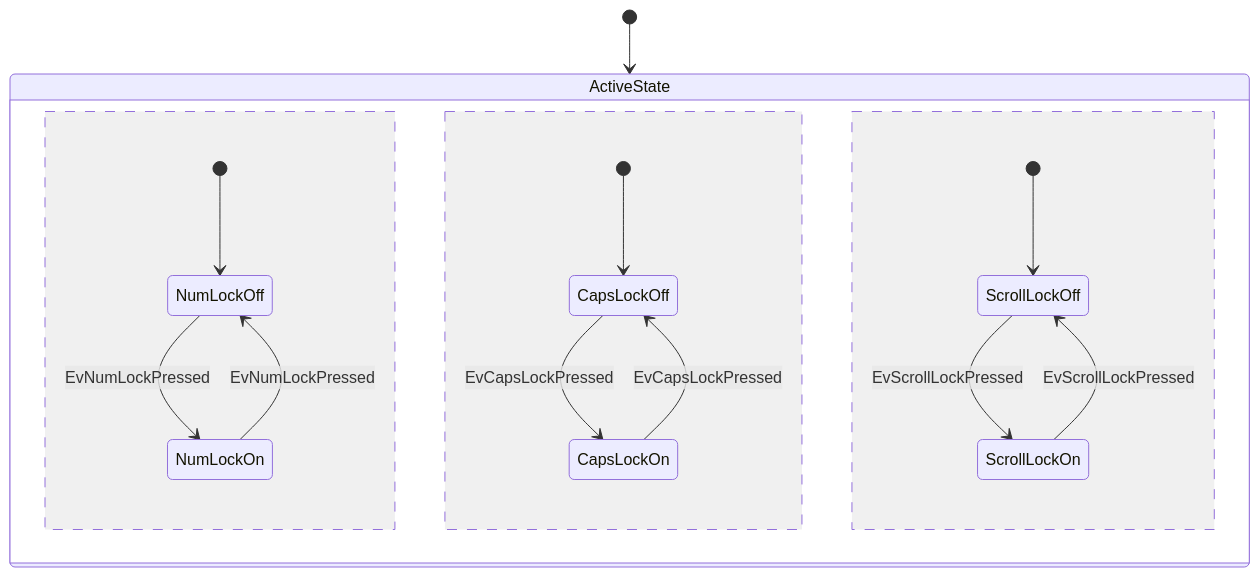
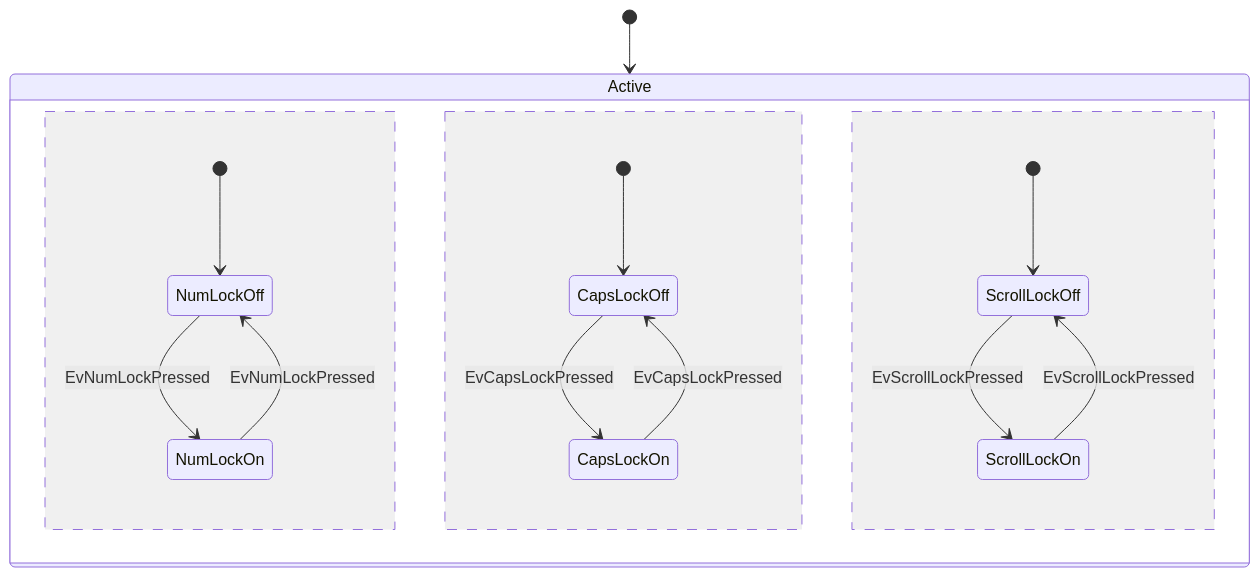
The eighth of 13 diagrams in skills/diagrammer/specs/mermaid/stateDiagram.md (hgrabows/diagrammer-skills), drawn with Mermaid before and after one commit. The commit also changed other lines of this file and 127 other files, not shown here.

First line of the commit message:
feat: audit all specs, add example gallery, fix PlantUML and Gantt rendering

````diff
--- a/skills/diagrammer/specs/mermaid/stateDiagram.md
+++ b/skills/diagrammer/specs/mermaid/stateDiagram.md
@@ -134,17 +155,21 @@
 ```mermaid
-stateDiagram
-    [*] --> ActiveState
-    state ActiveState {
+---
+config:
+  layout: dagre
+---
+stateDiagram-v2
+    [*] --> Active
+    state Active {
         [*] --> NumLockOff
         NumLockOff --> NumLockOn : EvNumLockPressed
         NumLockOn --> NumLockOff : EvNumLockPressed
         --
         [*] --> CapsLockOff
         CapsLockOff --> CapsLockOn : EvCapsLockPressed
         CapsLockOn --> CapsLockOff : EvCapsLockPressed
         --
         [*] --> ScrollLockOff
         ScrollLockOff --> ScrollLockOn : EvScrollLockPressed
         ScrollLockOn --> ScrollLockOff : EvScrollLockPressed
     }
 ```
````
